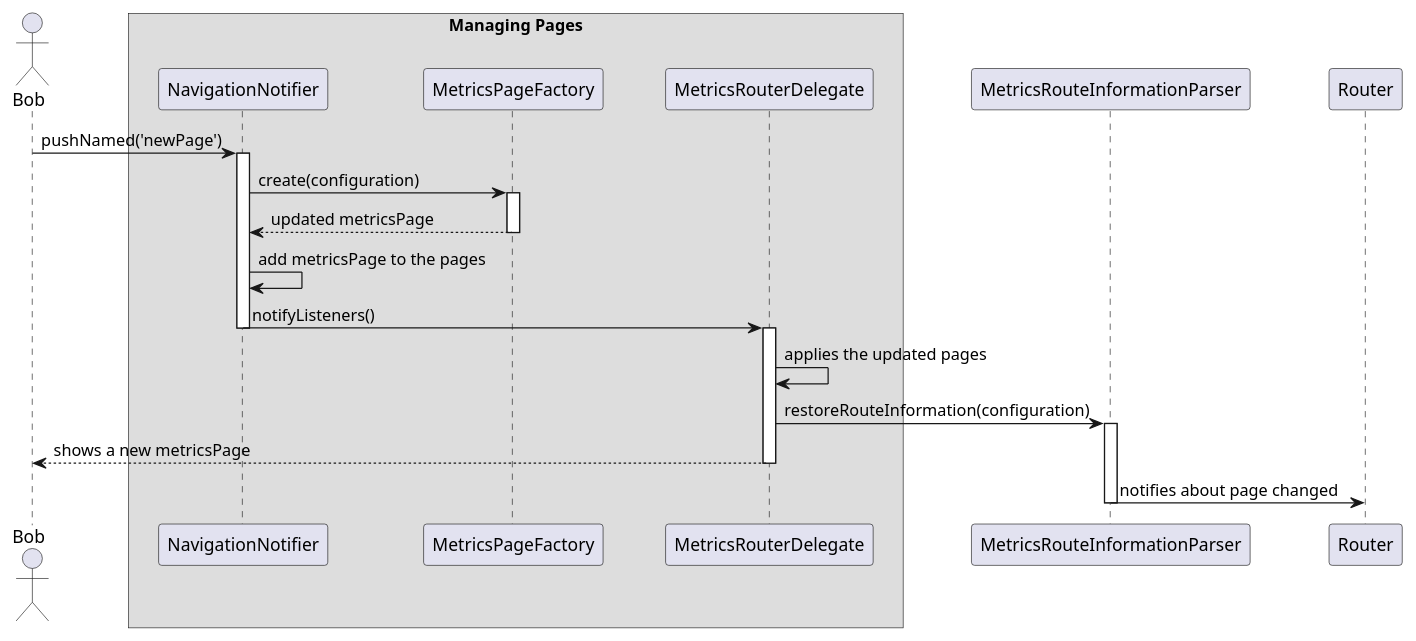
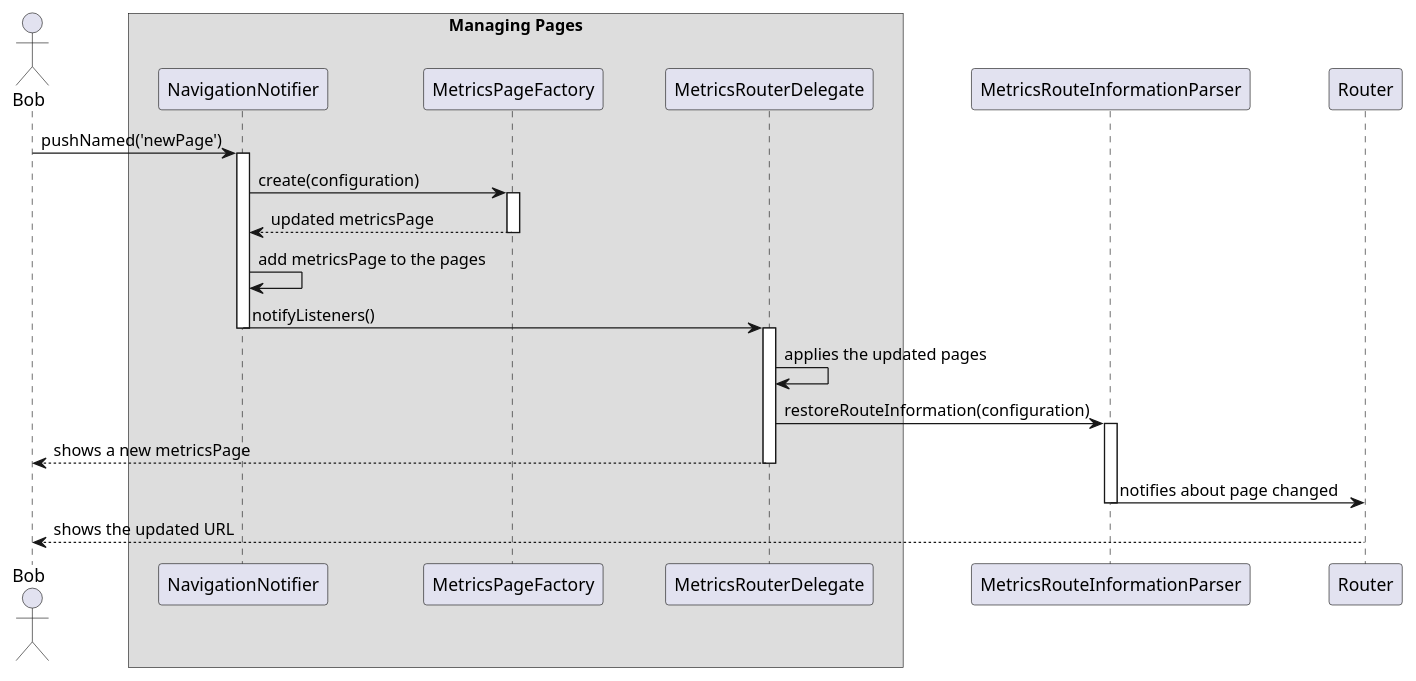
Before and after one commit to Flank/flank-dashboard: the diagram in metrics/web/docs/features/navigation/diagrams/internal_navigation_sequence_diagram.puml, drawn with PlantUML.

```diff
--- a/metrics/web/docs/features/navigation/diagrams/internal_navigation_sequence_diagram.puml
+++ b/metrics/web/docs/features/navigation/diagrams/internal_navigation_sequence_diagram.puml
@@ -1,45 +1,47 @@
 @startuml internal_navigation_sequence_diagram
 skinparam ParticipantPadding 20
 skinparam BoxPadding 10
 
 actor Bob
 
 
 
 box Managing Pages
 participant NavigationNotifier
 participant MetricsPageFactory
 participant MetricsRouterDelegate
 endbox
 
 participant MetricsRouteInformationParser
 
 participant Router
 
 Bob -> NavigationNotifier : pushNamed('newPage')
 activate NavigationNotifier
 
 NavigationNotifier -> MetricsPageFactory : create(configuration)
 activate MetricsPageFactory
 
 return updated metricsPage
 
 NavigationNotifier -> NavigationNotifier : add metricsPage to the pages
 
 NavigationNotifier -> MetricsRouterDelegate : notifyListeners()
 deactivate NavigationNotifier
 activate MetricsRouterDelegate
 
 MetricsRouterDelegate -> MetricsRouterDelegate: applies the updated pages
 
 MetricsRouterDelegate -> MetricsRouteInformationParser : restoreRouteInformation(configuration)
 activate MetricsRouteInformationParser
 
 MetricsRouterDelegate --> Bob : shows a new metricsPage
 deactivate MetricsRouterDelegate
 
 MetricsRouteInformationParser -> Router : notifies about page changed
-
 deactivate MetricsRouteInformationParser
 
+Router -->  Bob : shows the updated URL
+deactivate Router
+
 @enduml
```
